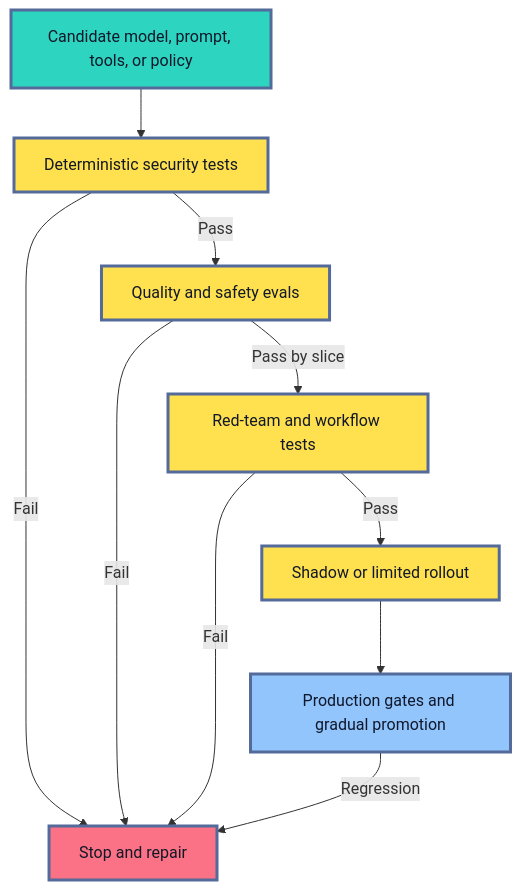
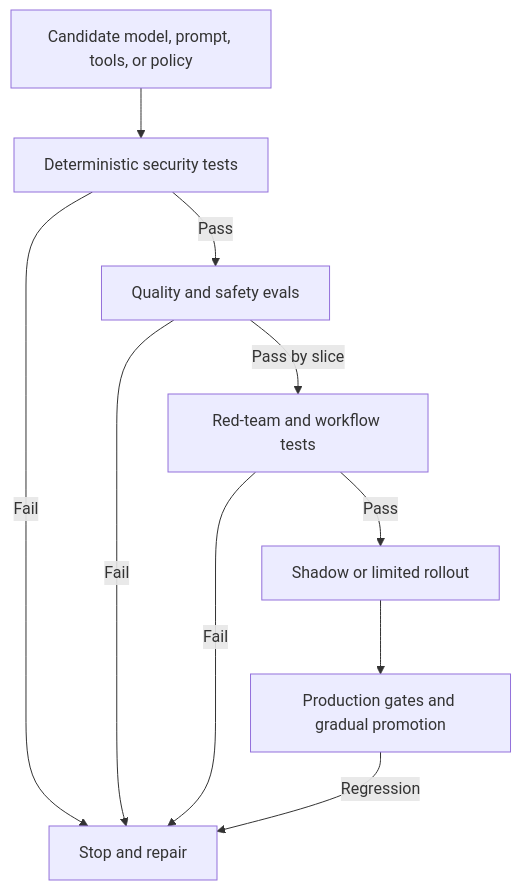
One commit to senlinyy/dev-roadmaps changed the fourth of 4 diagrams in roadmaps/mlops/modules/llmops/safety-and-governance/03-guardrails-and-risk.md. Above: the diagram before and after it, drawn with Mermaid. The commit also changed other lines of this file and 152 other files, not shown here.

Commit message:
feat: mlops and diagrams updated

````diff
--- a/roadmaps/mlops/modules/llmops/safety-and-governance/03-guardrails-and-risk.md
+++ b/roadmaps/mlops/modules/llmops/safety-and-governance/03-guardrails-and-risk.md
@@ -297,21 +285,17 @@
 ```mermaid
 flowchart TD
     A["Candidate model, prompt, tools, or policy"] --> B["Deterministic security tests"]
     B -->|"Pass"| C["Quality and safety evals"]
     B -->|"Fail"| G["Stop and repair"]
     C -->|"Pass by slice"| D["Red-team and workflow tests"]
     C -->|"Fail"| G
     D -->|"Pass"| E["Shadow or limited rollout"]
     D -->|"Fail"| G
     E --> F["Production gates and gradual promotion"]
     F -->|"Regression"| G
 
-    classDef candidate fill:#2DD4BF,stroke:#536A9A,stroke-width:3px,color:#0F172A
-    classDef gate fill:#FFE04F,stroke:#536A9A,stroke-width:3px,color:#111827
-    classDef promote fill:#93C5FD,stroke:#536A9A,stroke-width:3px,color:#0F172A
-    classDef stop fill:#FB7185,stroke:#536A9A,stroke-width:3px,color:#111827
     class A candidate
     class B,C,D,E gate
     class F promote
     class G stop
 ```
````
